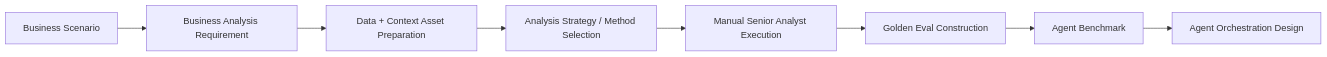
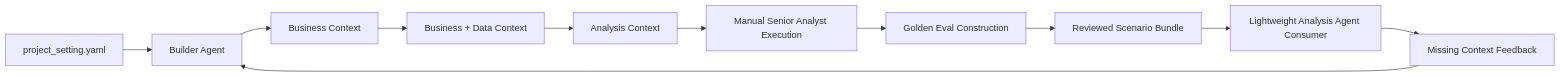
Before and after one commit to zhouhang-chn/databricks-ai-dev-kit: the first of 3 diagrams in docs/builder-app-oai/v0.2-business-analysis/design.md, drawn with Mermaid. The commit also changed other lines of this file and 11 other files, not shown here.

Commit message:
Refactor v0.2 builder agent docs

````diff
--- a/docs/builder-app-oai/v0.2-business-analysis/design.md
+++ b/docs/builder-app-oai/v0.2-business-analysis/design.md
@@ -52,13 +59,15 @@
 ```mermaid
 flowchart LR
-  Scenario["Business Scenario"]
-  Requirement["Business Analysis Requirement"]
-  Assets["Data + Context Asset Preparation"]
-  Strategy["Analysis Strategy / Method Selection"]
+  Setting["project_setting.yaml"]
+  Builder["Builder Agent"]
+  Scenario["Business Context"]
+  Context["Business + Data Context"]
+  Strategy["Analysis Context"]
   Manual["Manual Senior Analyst Execution"]
   Golden["Golden Eval Construction"]
-  Benchmark["Agent Benchmark"]
-  Orchestration["Agent Orchestration Design"]
+  Bundle["Reviewed Scenario Bundle"]
+  Analysis["Lightweight Analysis Agent Consumer"]
+  Feedback["Missing Context Feedback"]
 
-  Scenario --> Requirement --> Assets --> Strategy --> Manual --> Golden --> Benchmark --> Orchestration
+  Setting --> Builder --> Scenario --> Context --> Strategy --> Manual --> Golden --> Bundle --> Analysis --> Feedback --> Builder
 ```
````
